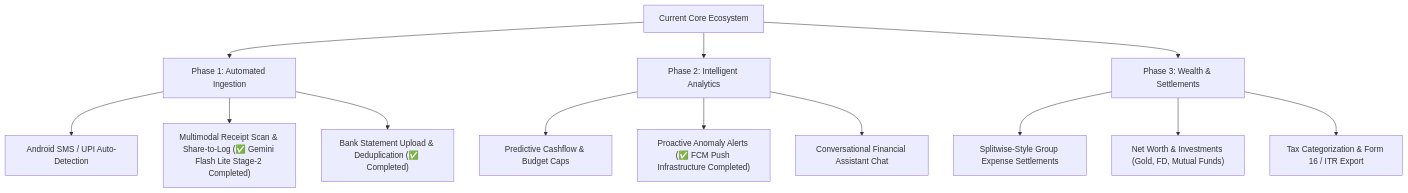
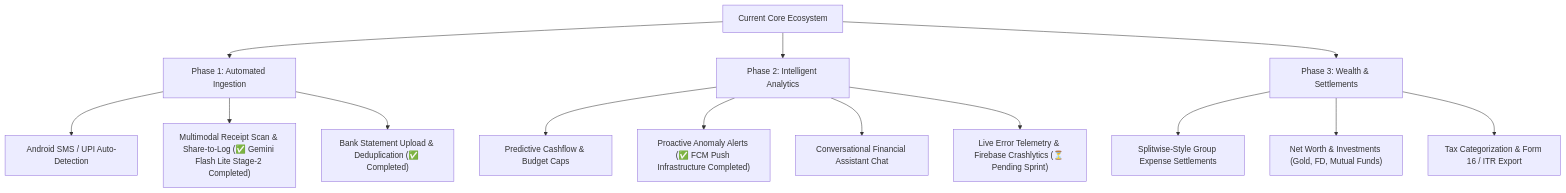
Before and after one commit to abhilashmamminiyan/manikutti-hub: the diagram in docs/UPGRADE_ROADMAP.md, drawn with Mermaid. The commit also changed other lines of this file and 1 other file, not shown here.

Commit message:
docs: record telemetry roadmap & home-loan cache + bump submodules

````diff
--- a/docs/UPGRADE_ROADMAP.md
+++ b/docs/UPGRADE_ROADMAP.md
@@ -12,18 +12,19 @@
 ```mermaid
 flowchart TD
     A["Current Core Ecosystem"] --> B["Phase 1: Automated Ingestion"]
     A --> C["Phase 2: Intelligent Analytics"]
     A --> D["Phase 3: Wealth & Settlements"]
 
     B --> B1["Android SMS / UPI Auto-Detection"]
     B --> B3["Multimodal Receipt Scan & Share-to-Log (✅ Gemini Flash Lite Stage-2 Completed)"]
     B --> B4["Bank Statement Upload & Deduplication (✅ Completed)"]
 
     C --> C1["Predictive Cashflow & Budget Caps"]
     C --> C2["Proactive Anomaly Alerts (✅ FCM Push Infrastructure Completed)"]
     C --> C3["Conversational Financial Assistant Chat"]
+    C --> C4["Live Error Telemetry & Firebase Crashlytics (⏳ Pending Sprint)"]
 
     D --> D1["Splitwise-Style Group Expense Settlements"]
     D --> D2["Net Worth & Investments (Gold, FD, Mutual Funds)"]
     D --> D3["Tax Categorization & Form 16 / ITR Export"]
 ```
````
